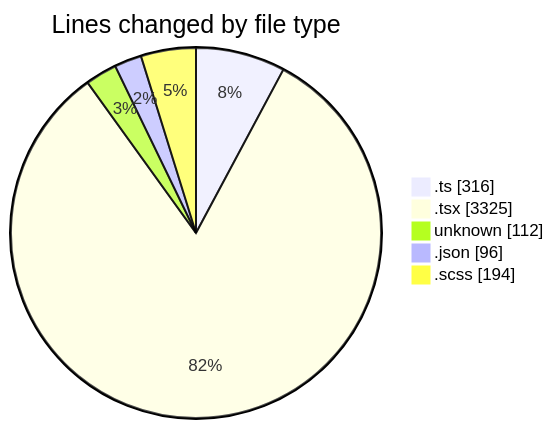
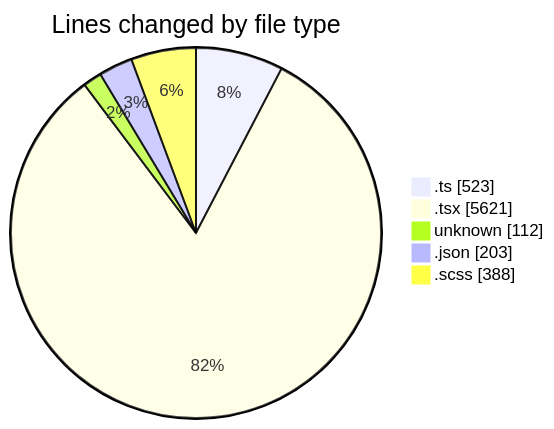
One commit to momahboobian/code-tracking changed the first of 2 diagrams in 2026-04-29/cda/README.md. Above: the diagram before and after it, drawn with Mermaid. The commit also changed other lines of this file and 1 other file, not shown here.

````diff
--- a/2026-04-29/cda/README.md
+++ b/2026-04-29/cda/README.md
@@ -52,9 +53,9 @@
 ```mermaid
 pie showData
 title Lines changed by file type
-".ts" : 316
-".tsx" : 3325
+".ts" : 523
+".tsx" : 5621
 "unknown" : 112
-".json" : 96
-".scss" : 194
+".json" : 203
+".scss" : 388
 ```
````
